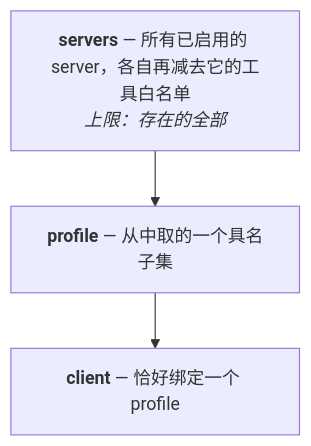
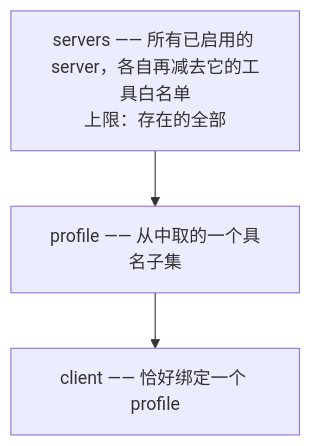
One commit to dinstein/agent-hub changed the first of 3 diagrams in docs/zh-CN/model.md. Above: the diagram before and after it, drawn with Mermaid. The commit also changed other lines of this file and 6 other files, not shown here.

````diff
--- a/docs/zh-CN/model.md
+++ b/docs/zh-CN/model.md
@@ -11,7 +11,7 @@
 ```mermaid
 flowchart TD
-    S["<b>servers</b> — 所有已启用的 server，各自再减去它的工具白名单<br/><i>上限：存在的全部</i>"]
-    P["<b>profile</b> — 从中取的一个具名子集"]
-    C["<b>client</b> — 恰好绑定一个 profile"]
+    S["servers —— 所有已启用的 server，各自再减去它的工具白名单<br/>上限：存在的全部"]
+    P["profile —— 从中取的一个具名子集"]
+    C["client —— 恰好绑定一个 profile"]
     S --> P --> C
 ```
````
